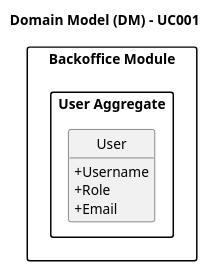
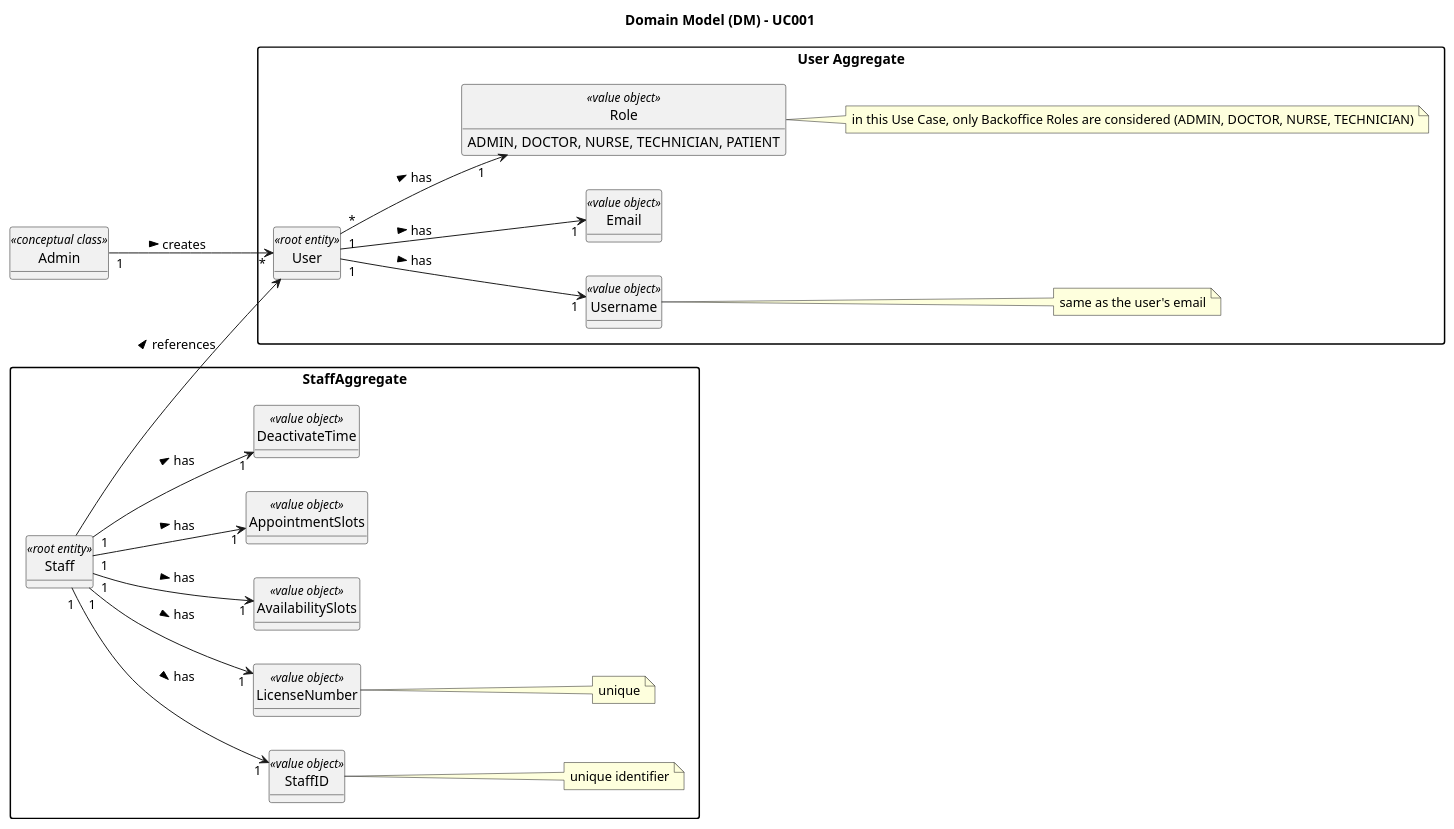
One commit to 1221124/sem5pi-24-25-g031 changed the diagram in docs/SprintA/UseCases/UC001/02.analysis/puml/uc001-domain-model.puml. Above: the diagram before and after it, drawn with PlantUML. The commit also changed 2 other files, not shown here.

Commit message:
#3 UC001: Analysis - Domain Model done
To be reviewed

```diff
--- a/docs/SprintA/UseCases/UC001/02.analysis/puml/uc001-domain-model.puml
+++ b/docs/SprintA/UseCases/UC001/02.analysis/puml/uc001-domain-model.puml
@@ -1,28 +1,53 @@
-@startuml uc001-domain-model.puml
+@startuml uc001-domain-model
 
 skinparam packageStyle rectangle
 skinparam shadowing false
 
 skinparam classAttributeIconSize 0
 
 top to bottom direction
 left to right direction
 
 hide circle
 hide methods
 
 title Domain Model (DM) - UC001
 
-package "Backoffice Module" {
-
-    package "User Aggregate" {
-        class User {
-            + Username
-            + Role
-            + Email
-        }
+package "User Aggregate" {
+    class User <<root entity>>
+    class Username <<value object>>
+    note right of Username: same as the user's email
+    class Email <<value object>>
+    class Role <<value object>> {
+        ADMIN, DOCTOR, NURSE, TECHNICIAN, PATIENT
     }
-
+    note right of Role: in this Use Case, only Backoffice Roles are considered (ADMIN, DOCTOR, NURSE, TECHNICIAN)
 }
 
+package StaffAggregate {
+    class Staff <<root entity>>
+    class StaffID <<value object>>
+    note right of StaffID: unique identifier
+    class LicenseNumber <<value object>>
+    note right of LicenseNumber: unique
+    class AvailabilitySlots <<value object>>
+    class AppointmentSlots <<value object>>
+    class DeactivateTime <<value object>>
+}
+
+class Admin <<conceptual class>>
+
+Admin "1" --> "*" User: creates >
+
+User "1" --> "1" Username: has >
+User "1" --> "1" Email: has >
+User "*" --> "1" Role: has >
+
+Staff --> User: references >
+Staff "1" --> "1" StaffID: has >
+Staff "1" --> "1" LicenseNumber: has >
+Staff "1" --> "1" AvailabilitySlots: has >
+Staff "1" --> "1" AppointmentSlots: has >
+Staff "1" --> "1" DeactivateTime: has >
+
 @enduml
```
